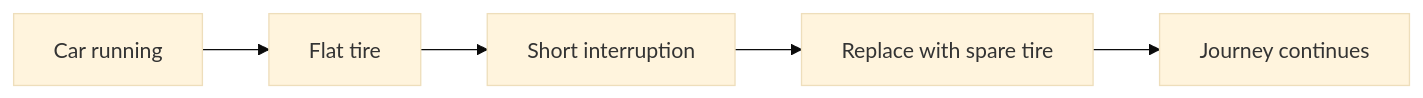
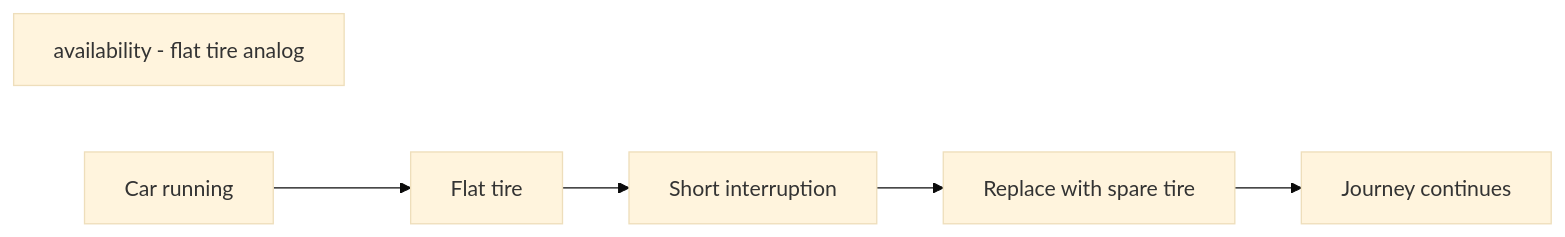
The third of 4 diagrams in docs/2022-2025/SE_02_system-design/SD_02_Non-functional-req/02_NFR_07_fault-tolerance__.md (lekhrajdinkar/solution-engineer), drawn with Mermaid (base theme) before and after one commit. The commit also changed other lines of this file and 8 other files, not shown here.

````diff
--- a/docs/2022-2025/SE_02_system-design/SD_02_Non-functional-req/02_NFR_07_fault-tolerance__.md
+++ b/docs/2022-2025/SE_02_system-design/SD_02_Non-functional-req/02_NFR_07_fault-tolerance__.md
@@ -37,7 +53,8 @@
 ```mermaid
 flowchart LR
+    AA[availability - flat tire analog]
     A[Car running] --> B[Flat tire]
     B --> C[Short interruption]
     C --> D[Replace with spare tire]
     D --> E[Journey continues]
 ```
````
